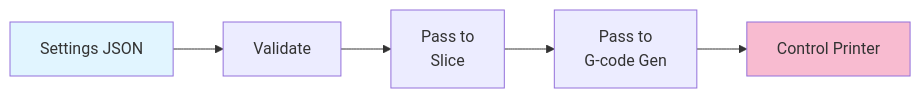
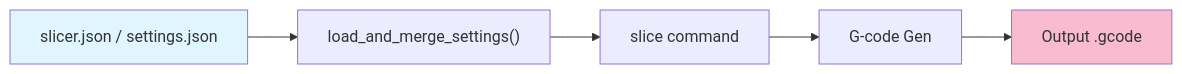
The second of 2 diagrams in src/settings/README.md (max-scopp/slicer-engine), drawn with Mermaid before and after one commit. The commit also changed other lines of this file and 2 other files, not shown here.

First line of the commit message:
docs: update settings README with priority/slicer.json/dotted-paths, update root and CLI READMEs with settings examples

````diff
--- a/src/settings/README.md
+++ b/src/settings/README.md
@@ -139,10 +226,10 @@
 ```mermaid
 graph LR
-    A["Settings JSON"] --> B["Validate"]
-    B --> C["Pass to<br/>Slice"]
-    C --> D["Pass to<br/>G-code Gen"]
-    D --> E["Control Printer"]
-    
+    A["slicer.json / settings.json"] --> B["load_and_merge_settings()"]
+    B --> C["slice command"]
+    C --> D["G-code Gen"]
+    D --> E["Output .gcode"]
+
     style A fill:#e1f5ff
     style E fill:#f8bbd0
 ```
````
